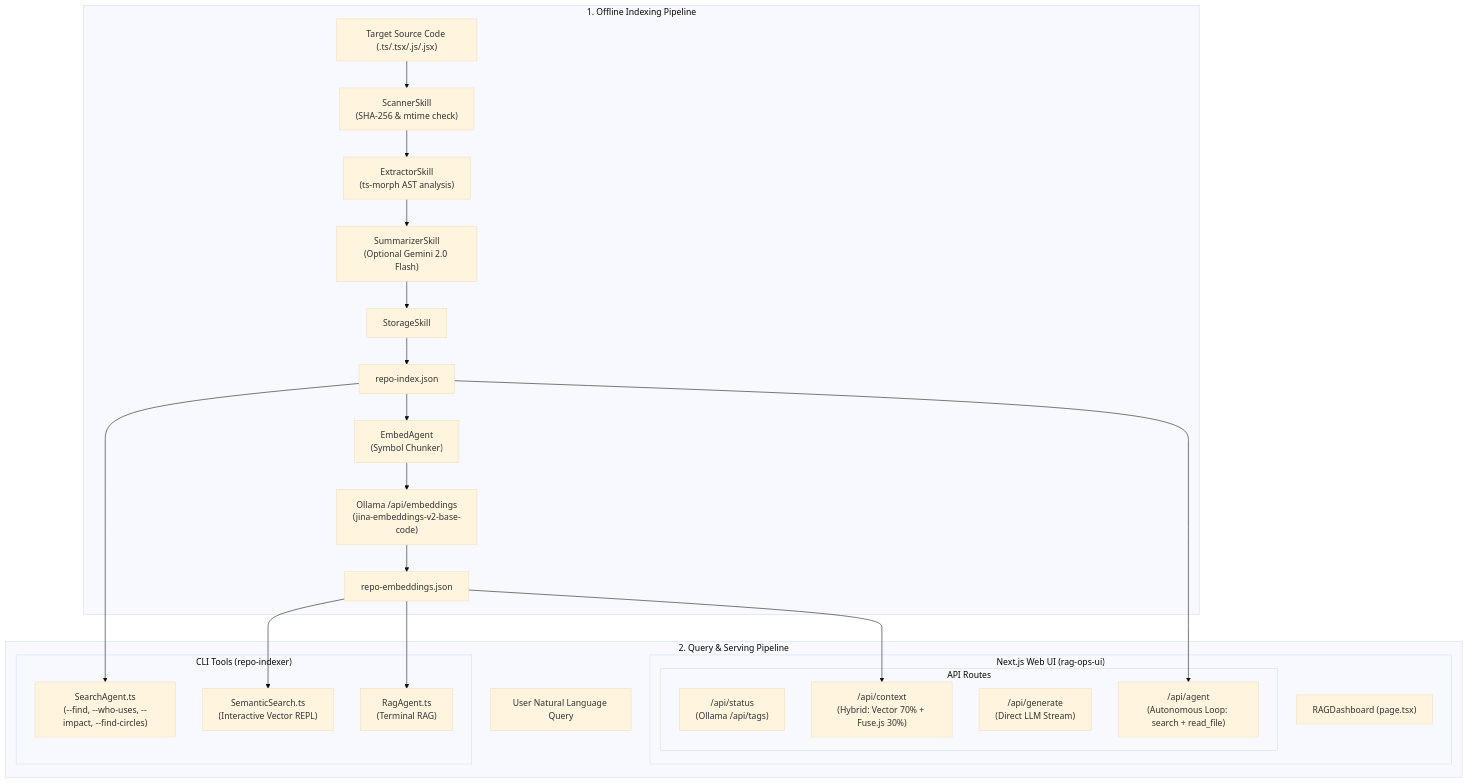
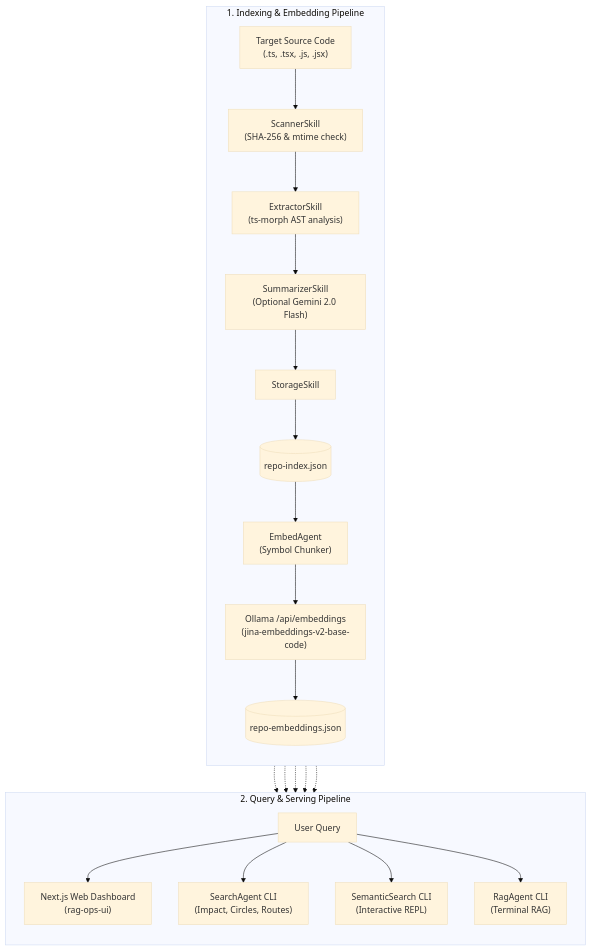
One commit to abhinayvanaparthi/Local-AI-Search-Engine changed the diagram in README.md. Above: the diagram before and after it, drawn with Mermaid (base theme).

Commit message:
fix(docs): fix Mermaid diagram syntax for GitHub rendering

````diff
--- a/README.md
+++ b/README.md
@@ -150,40 +150,44 @@
 ```mermaid
 flowchart TD
-    subgraph Offline_Indexing ["1. Offline Indexing Pipeline"]
-        SRC["Target Source Code (.ts/.tsx/.js/.jsx)"] --> Scanner["ScannerSkill\n(SHA-256 & mtime check)"]
-        Scanner --> Extractor["ExtractorSkill\n(ts-morph AST analysis)"]
-        Extractor --> Summarizer["SummarizerSkill\n(Optional Gemini 2.0 Flash)"]
-        Summarizer --> Storage["StorageSkill"]
-        Storage --> IndexJSON["repo-index.json"]
-        IndexJSON --> EmbedAgent["EmbedAgent\n(Symbol Chunker)"]
-        EmbedAgent --> OllamaEmbed["Ollama /api/embeddings\n(jina-embeddings-v2-base-code)"]
-        OllamaEmbed --> EmbedJSON["repo-embeddings.json"]
+    subgraph Indexing["1. Indexing & Embedding Pipeline"]
+        direction TB
+        SRC["Target Source Code<br/>(.ts, .tsx, .js, .jsx)"]
+        Scanner["ScannerSkill<br/>(SHA-256 & mtime check)"]
+        Extractor["ExtractorSkill<br/>(ts-morph AST analysis)"]
+        Summarizer["SummarizerSkill<br/>(Optional Gemini 2.0 Flash)"]
+        Storage["StorageSkill"]
+        IndexJSON[("repo-index.json")]
+        EmbedAgent["EmbedAgent<br/>(Symbol Chunker)"]
+        OllamaEmbed["Ollama /api/embeddings<br/>(jina-embeddings-v2-base-code)"]
+        EmbedJSON[("repo-embeddings.json")]
+
+        SRC --> Scanner
+        Scanner --> Extractor
+        Extractor --> Summarizer
+        Summarizer --> Storage
+        Storage --> IndexJSON
+        IndexJSON --> EmbedAgent
+        EmbedAgent --> OllamaEmbed
+        OllamaEmbed --> EmbedJSON
     end
 
-    subgraph Query_Serving ["2. Query & Serving Pipeline"]
-        UserQuery["User Natural Language Query"]
-        
-        subgraph Web_UI ["Next.js Web UI (rag-ops-ui)"]
-            Dashboard["RAGDashboard (page.tsx)"]
-            
-            subgraph API_Routes ["API Routes"]
-                StatusRoute["/api/status\n(Ollama /api/tags)"]
-                ContextRoute["/api/context\n(Hybrid: Vector 70% + Fuse.js 30%)"]
-                GenerateRoute["/api/generate\n(Direct LLM Stream)"]
-                AgentRoute["/api/agent\n(Autonomous Loop: search + read_file)"]
-            end
-        end
+    subgraph Serving["2. Query & Serving Pipeline"]
+        direction TB
+        UserQuery["User Query"]
+        Dashboard["Next.js Web Dashboard<br/>(rag-ops-ui)"]
+        SearchCLI["SearchAgent CLI<br/>(Impact, Circles, Routes)"]
+        ReplCLI["SemanticSearch CLI<br/>(Interactive REPL)"]
+        RagCLI["RagAgent CLI<br/>(Terminal RAG)"]
 
-        subgraph CLI_Tools ["CLI Tools (repo-indexer)"]
-            SearchCLI["SearchAgent.ts\n(--find, --who-uses, --impact, --find-circles)"]
-            ReplCLI["SemanticSearch.ts\n(Interactive Vector REPL)"]
-            RagCLI["RagAgent.ts\n(Terminal RAG)"]
-        end
+        UserQuery --> Dashboard
+        UserQuery --> SearchCLI
+        UserQuery --> ReplCLI
+        UserQuery --> RagCLI
+    end
 
-        EmbedJSON --> ContextRoute
-        EmbedJSON --> ReplCLI
-        EmbedJSON --> RagCLI
-        IndexJSON --> SearchCLI
-        IndexJSON --> AgentRoute
-    end
+    EmbedJSON -.-> Dashboard
+    EmbedJSON -.-> ReplCLI
+    EmbedJSON -.-> RagCLI
+    IndexJSON -.-> SearchCLI
+    IndexJSON -.-> Dashboard
 ```
````
